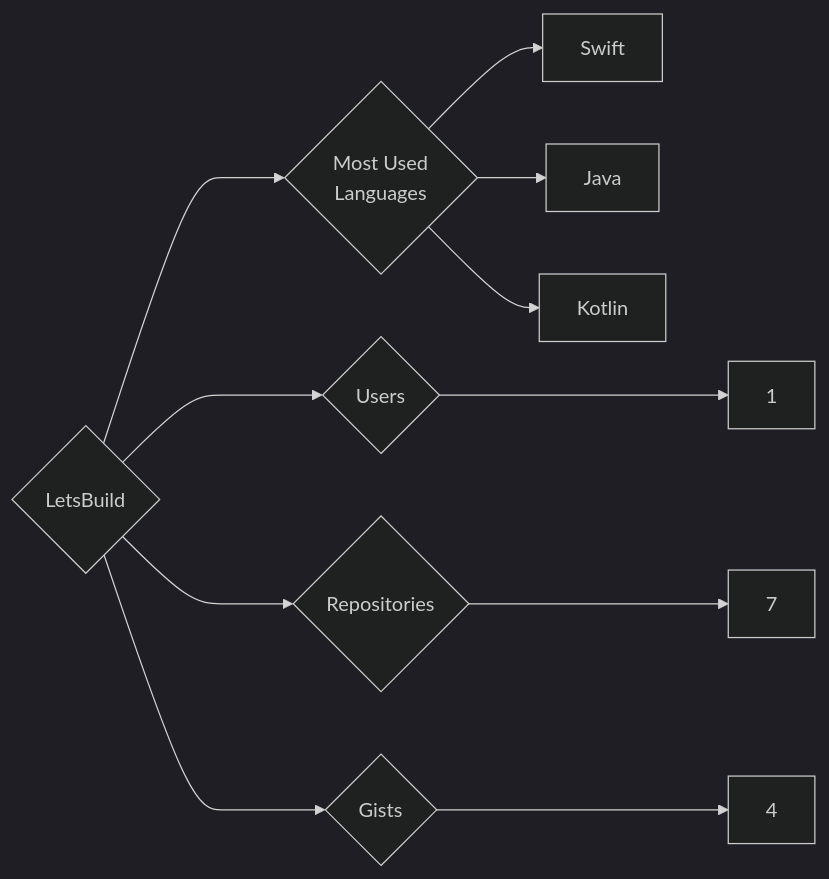
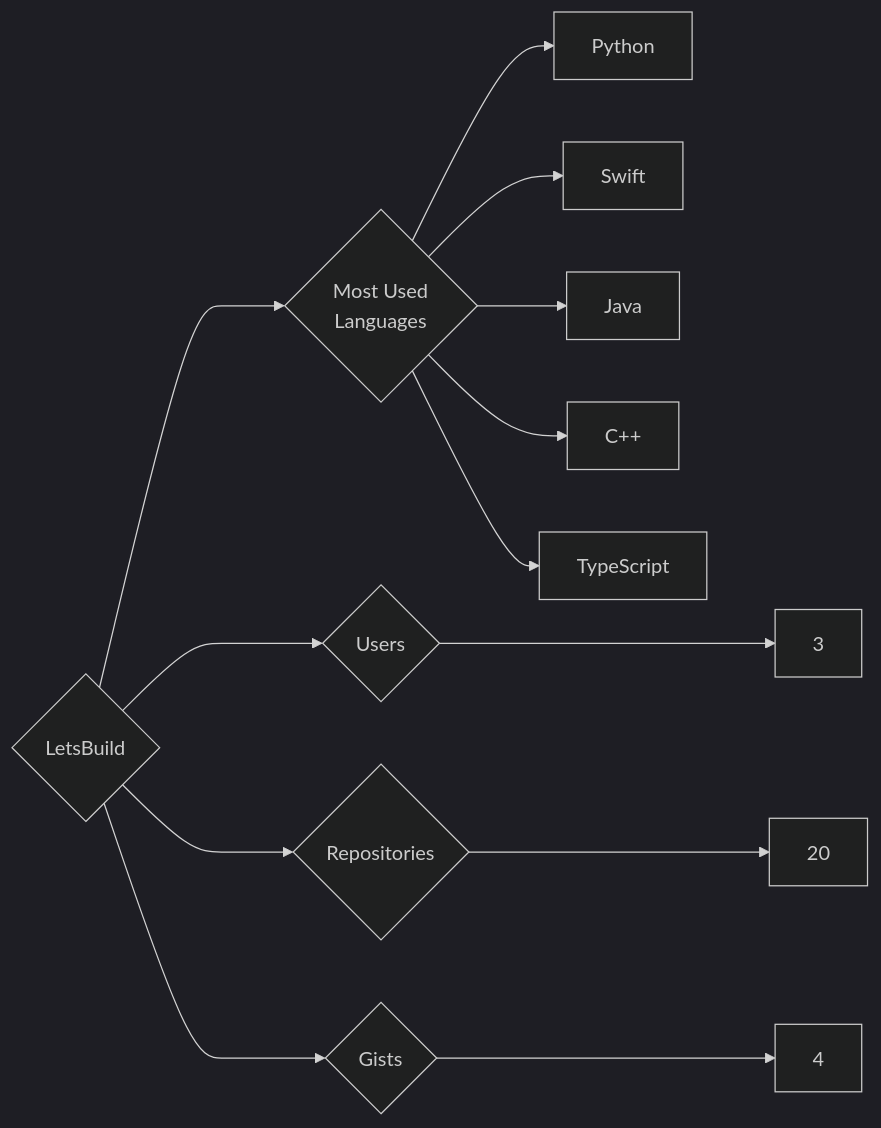
The diagram in targets/LetsBuild/README.md (trickest/insiders), drawn with Mermaid (dark theme) before and after one commit. The commit also changed 682 other files, not shown here.

````diff
--- a/targets/LetsBuild/README.md
+++ b/targets/LetsBuild/README.md
@@ -3,11 +3,13 @@
 ```mermaid
 graph LR
 COMPANY_NAME{LetsBuild}
-COMPANY_NAME ---> U{Users} ---> UN[1]
-COMPANY_NAME ---> R{Repositories} ---> RN[7]
+COMPANY_NAME ---> U{Users} ---> UN[3]
+COMPANY_NAME ---> R{Repositories} ---> RN[20]
 COMPANY_NAME ---> G{Gists} ---> GN[4]
 COMPANY_NAME ---> ML{Most Used<br>Languages}
+ML --> Python[Python]
 ML --> Swift[Swift]
 ML --> Java[Java]
-ML --> Kotlin[Kotlin]
+ML --> C++[C++]
+ML --> TypeScript[TypeScript]
 ```
````
